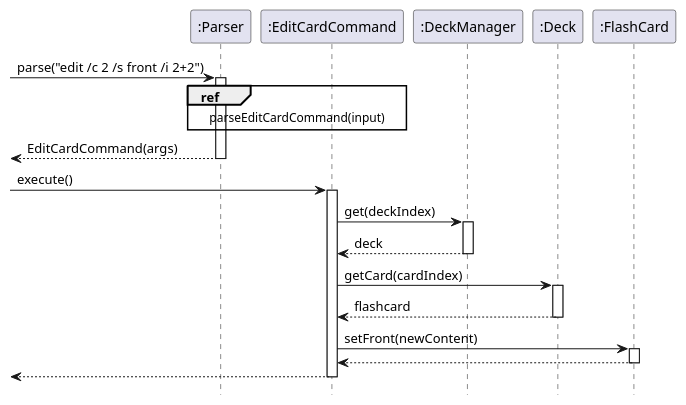
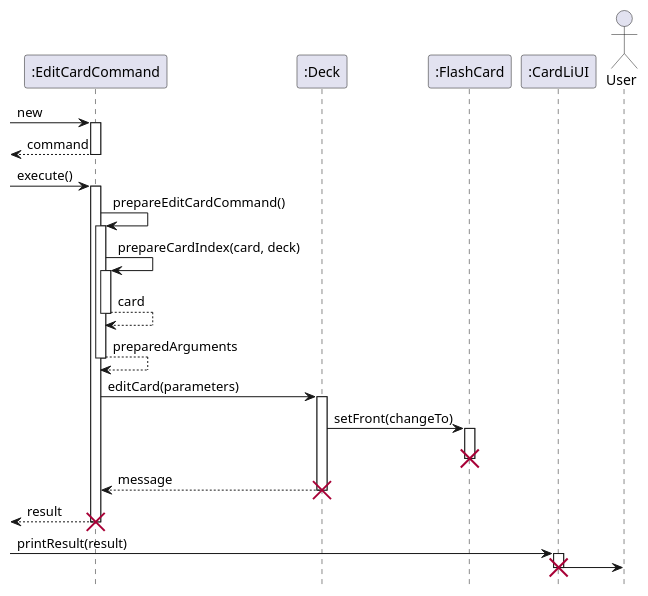
Before and after one commit to xkisxk/tp: the diagram in docs/uml/EditCardCommandSeqDiagram.puml, drawn with PlantUML. The commit also changed 7 other files, not shown here.

```diff
--- a/docs/uml/EditCardCommandSeqDiagram.puml
+++ b/docs/uml/EditCardCommandSeqDiagram.puml
@@ -1,43 +1,56 @@
 @startuml
 
 hide footbox
 
-participant ":Parser" as Parser
 participant ":EditCardCommand" as EditCardCommand
-participant ":DeckManager" as DeckManager
 participant ":Deck" as Deck
 participant ":FlashCard" as FlashCard
+participant ":CardLiUI" as CardLiUI
+actor "User" as User
 
-
-[-> Parser : parse("edit /c 2 /s front /i 2+2")
-activate Parser
-
-ref over Parser, EditCardCommand : parseEditCardCommand(input)
-
-[<-- Parser : EditCardCommand(args)
-deactivate Parser
+[-> EditCardCommand : new
+activate EditCardCommand
+[<-- EditCardCommand : command
+deactivate EditCardCommand
 
 [->EditCardCommand : execute()
 activate EditCardCommand
 
-EditCardCommand -> DeckManager : get(deckIndex)
-activate DeckManager
+EditCardCommand -> EditCardCommand : prepareEditCardCommand()
+activate EditCardCommand
 
-DeckManager --> EditCardCommand : deck
-deactivate DeckManager
+EditCardCommand -> EditCardCommand: prepareCardIndex(card, deck)
+activate EditCardCommand
 
-EditCardCommand -> Deck : getCard(cardIndex)
+EditCardCommand --> EditCardCommand: card
+deactivate EditCardCommand
+
+EditCardCommand --> EditCardCommand: preparedArguments
+deactivate EditCardCommand
+
+EditCardCommand -> Deck: editCard(parameters)
 activate Deck
 
-Deck --> EditCardCommand : flashcard
+Deck -> FlashCard: setFront(changeTo)
+activate FlashCard
+deactivate FlashCard
+
+destroy FlashCard
+
+Deck --> EditCardCommand: message
 deactivate Deck
 
-EditCardCommand -> FlashCard : setFront(newContent)
-activate FlashCard
+destroy Deck
 
-FlashCard --> EditCardCommand
-deactivate FlashCard
+[<-- EditCardCommand: result
+deactivate EditCardCommand
+destroy EditCardCommand
 
-[<-- EditCardCommand
-deactivate EditCardCommand
+[-> CardLiUI: printResult(result)
+activate CardLiUI
+
+CardLiUI -> User
+
+deactivate CardLiUI
+destroy CardLiUI
 @enduml
```
